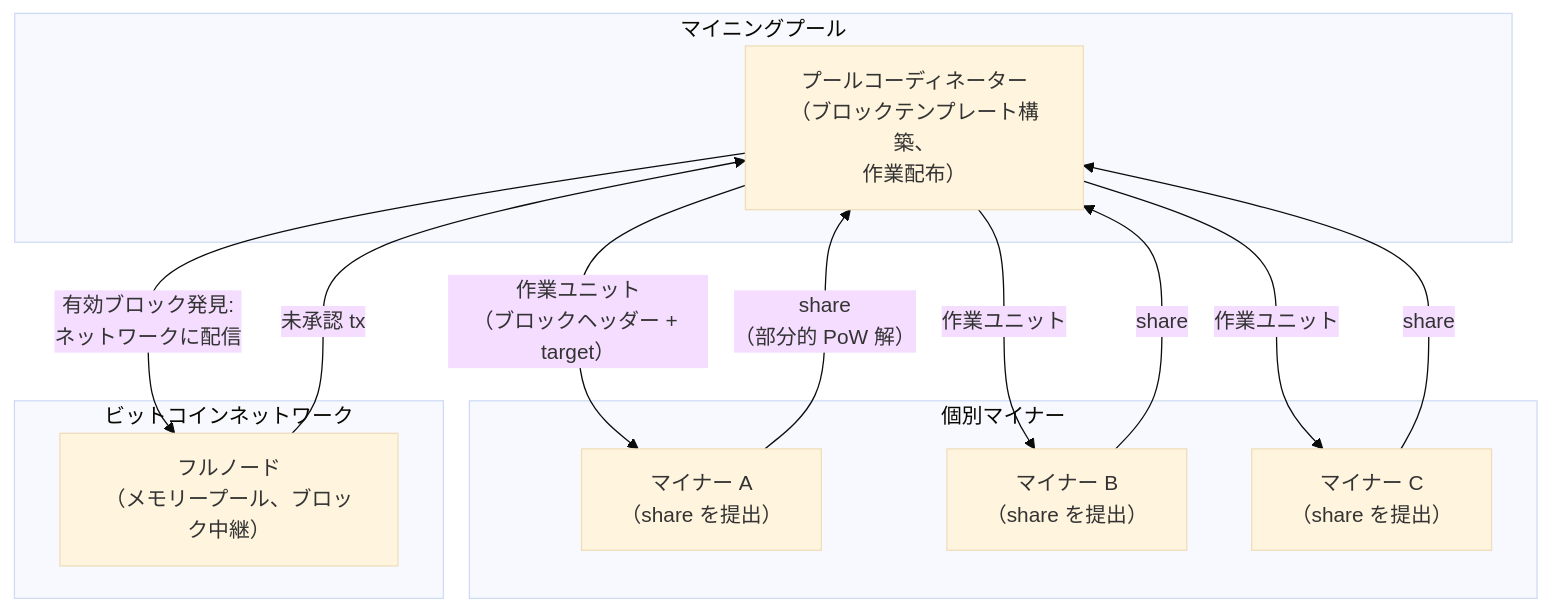
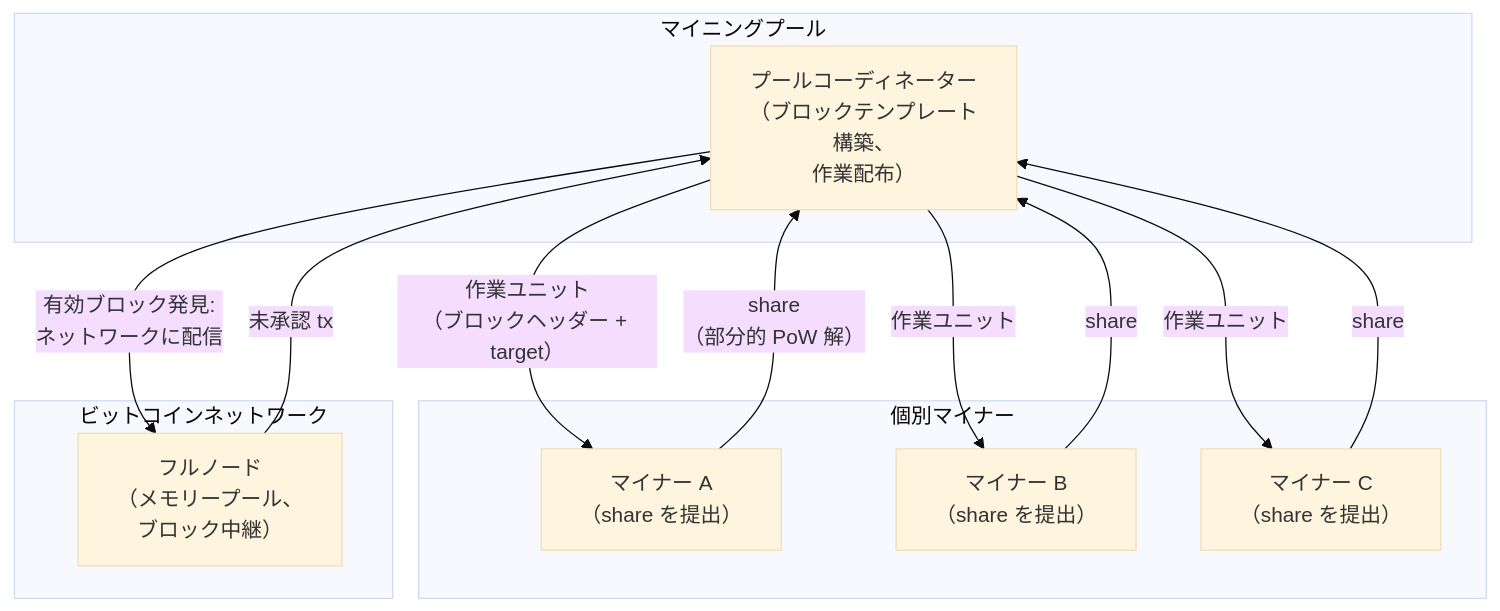
The sixth of 6 diagrams in src/data/translations/ja/design/2009-01-03-bitcoin-ecosystem-design.md (cypher256/BitcoinArchive), drawn with Mermaid (base theme) before and after one commit. The commit also changed other lines of this file and 11 other files, not shown here.

First line of the commit message:
JA Mermaid labels: wrap long CJK labels (mermaid-ja-wrap, 12 design docs)

````diff
--- a/src/data/translations/ja/design/2009-01-03-bitcoin-ecosystem-design.md
+++ b/src/data/translations/ja/design/2009-01-03-bitcoin-ecosystem-design.md
@@ -259,27 +259,27 @@
 ```mermaid
 flowchart TB
     subgraph POOL["マイニングプール"]
-        COORD["プールコーディネーター<br/>（ブロックテンプレート構築、<br/>作業配布）"]
+        COORD["プールコーディネーター<br/>（ブロックテンプレート<br/>構築、<br/>作業配布）"]
     end
 
     subgraph MINERS["個別マイナー"]
         M1["マイナー A<br/>（share を提出）"]
         M2["マイナー B<br/>（share を提出）"]
         M3["マイナー C<br/>（share を提出）"]
     end
 
     subgraph CHAIN["ビットコインネットワーク"]
-        NODE["フルノード<br/>（メモリープール、ブロック中継）"]
+        NODE["フルノード<br/>（メモリープール、<br/>ブロック中継）"]
     end
 
     NODE -- "未承認 tx" --> COORD
     COORD -- "作業ユニット<br/>（ブロックヘッダー + target）" --> M1
     COORD -- "作業ユニット" --> M2
     COORD -- "作業ユニット" --> M3
 
     M1 -- "share<br/>（部分的 PoW 解）" --> COORD
     M2 -- "share" --> COORD
     M3 -- "share" --> COORD
 
     COORD -- "有効ブロック発見:<br/>ネットワークに配信" --> NODE
 ```
````
